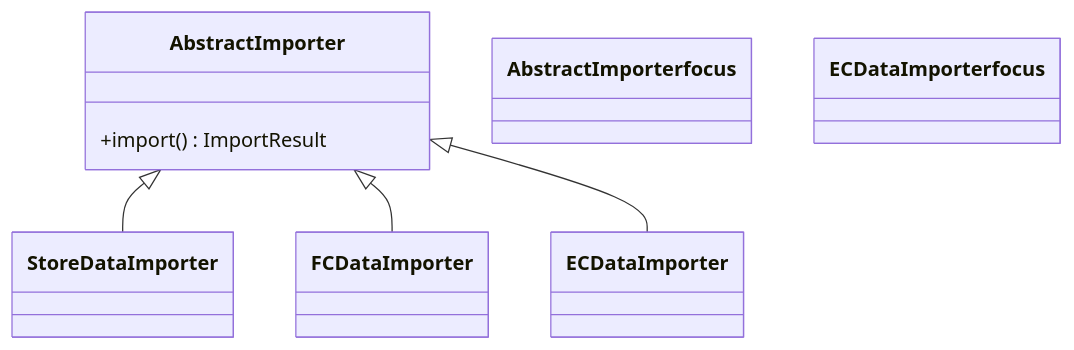
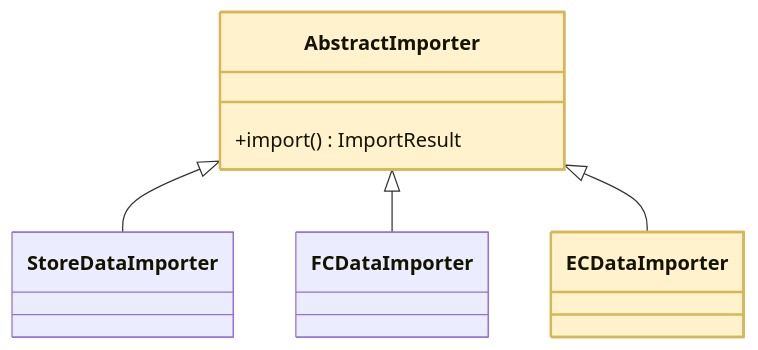
Before and after one commit to kumachan1101-pixel/DesignPattern: the seventh of 17 diagrams in kindle/design-patterns/output/chapter04.md, drawn with Mermaid. The commit also changed other lines of this file and 15 other files, not shown here.

First line of the commit message:
全章classDiagram: phantom浮きクラスを生む着色構文 class X focus を :::focus へ修正（103箇所）

````diff
--- a/kindle/design-patterns/output/chapter04.md
+++ b/kindle/design-patterns/output/chapter04.md
@@ -1210,15 +1210,15 @@
 ```mermaid
 classDiagram
     class AbstractImporter {
         +import() ImportResult
     }
     class StoreDataImporter
     class FCDataImporter
     class ECDataImporter
     AbstractImporter <|-- StoreDataImporter
     AbstractImporter <|-- FCDataImporter
     AbstractImporter <|-- ECDataImporter
-    class AbstractImporter focus
-    class ECDataImporter focus
+    class AbstractImporter:::focus
+    class ECDataImporter:::focus
     classDef focus fill:#FFF2CC,stroke:#D6B656,stroke-width:2px
 ```
````
